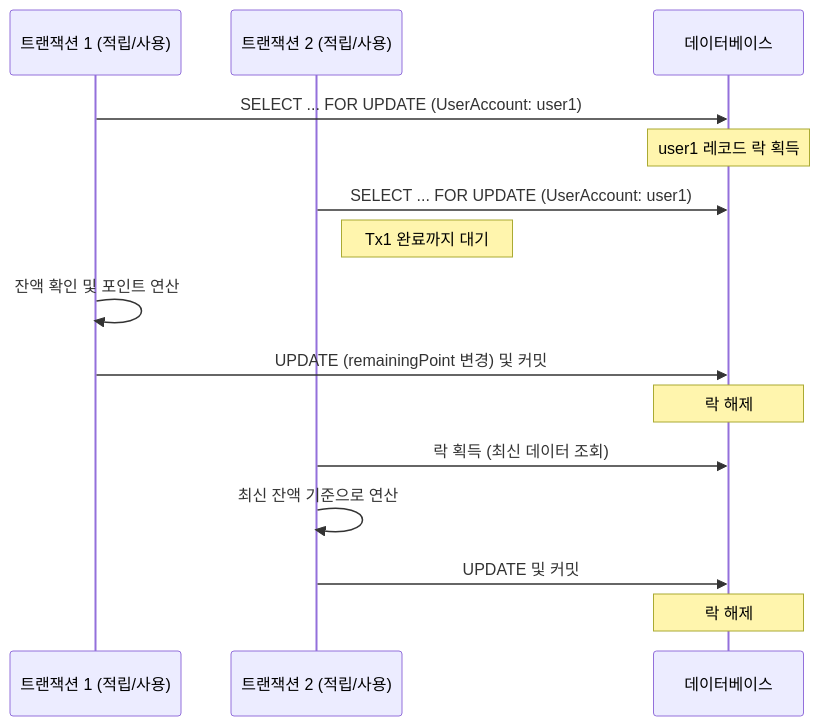
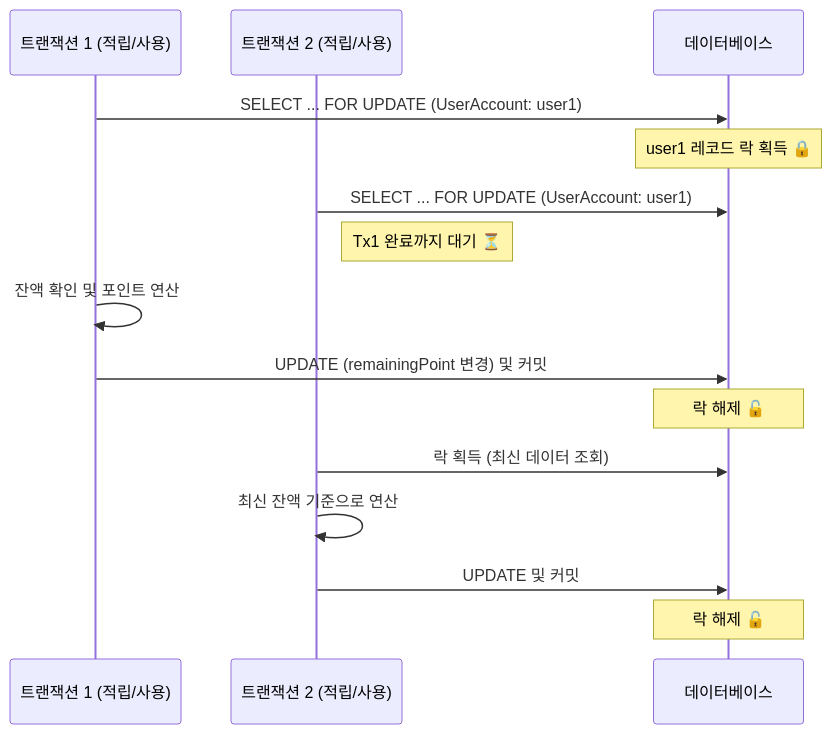
The diagram in docs/동시성 제어.md (muzzaiwork/point), drawn with Mermaid before and after one commit. The commit also changed other lines of this file and 1 other file, not shown here.

````diff
--- a/docs/동시성 제어.md
+++ b/docs/동시성 제어.md
@@ -60,21 +20,21 @@
 ```mermaid
 sequenceDiagram
     participant Tx1 as 트랜잭션 1 (적립/사용)
     participant Tx2 as 트랜잭션 2 (적립/사용)
     participant DB as 데이터베이스
 
     Tx1->>DB: SELECT ... FOR UPDATE (UserAccount: user1)
-    Note over DB: user1 레코드 락 획득
+    Note over DB: user1 레코드 락 획득 🔒
 
     Tx2->>DB: SELECT ... FOR UPDATE (UserAccount: user1)
-    Note right of Tx2: Tx1 완료까지 대기
+    Note right of Tx2: Tx1 완료까지 대기 ⏳
 
     Tx1->>Tx1: 잔액 확인 및 포인트 연산
     Tx1->>DB: UPDATE (remainingPoint 변경) 및 커밋
-    Note over DB: 락 해제
+    Note over DB: 락 해제 🔓
 
     Tx2->>DB: 락 획득 (최신 데이터 조회)
     Tx2->>Tx2: 최신 잔액 기준으로 연산
     Tx2->>DB: UPDATE 및 커밋
-    Note over DB: 락 해제
+    Note over DB: 락 해제 🔓
 ```
````
